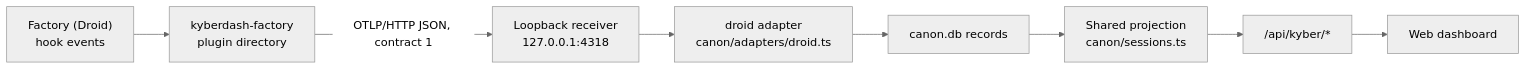
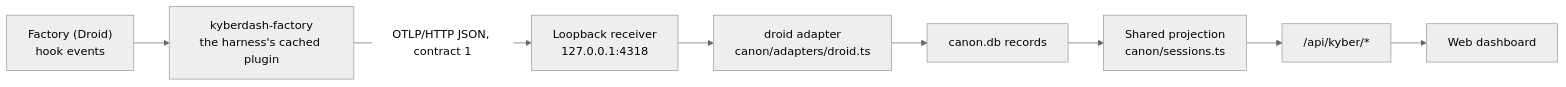
The fourth of 6 diagrams in docs/dash/architecture.md (dpalfery/kyber-weave), drawn with Mermaid (neutral theme) before and after one commit. The commit also changed other lines of this file and 9 other files, not shown here.

First line of the commit message:
docs(adr): the Factory capture plugin installs through the harness's own commands

````diff
--- a/docs/dash/architecture.md
+++ b/docs/dash/architecture.md
@@ -551,10 +551,10 @@
 ```mermaid
 flowchart LR
-    Host["Factory (Droid)<br/>hook events"] --> Plugin["kyberdash-factory<br/>plugin directory"]
+    Host["Factory (Droid)<br/>hook events"] --> Plugin["kyberdash-factory<br/>the harness's cached plugin"]
     Plugin -->|"OTLP/HTTP JSON, contract 1"| Receiver["Loopback receiver<br/>127.0.0.1:4318"]
     Receiver --> Adapter["droid adapter<br/>canon/adapters/droid.ts"]
     Adapter --> Store["canon.db records"]
     Store --> Projection["Shared projection<br/>canon/sessions.ts"]
     Projection --> API["/api/kyber/*"]
     API --> Dashboard["Web dashboard"]
 ```
````
